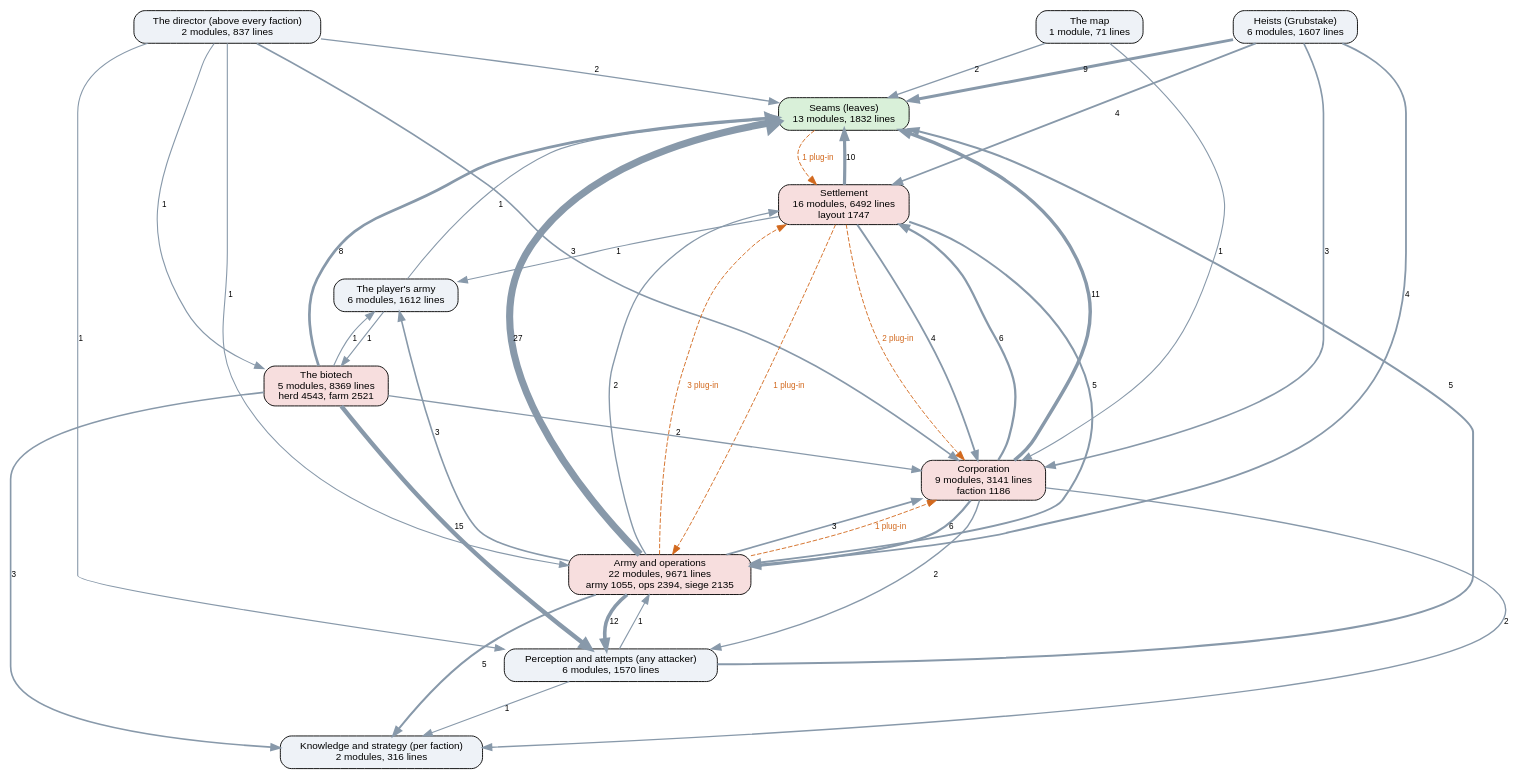
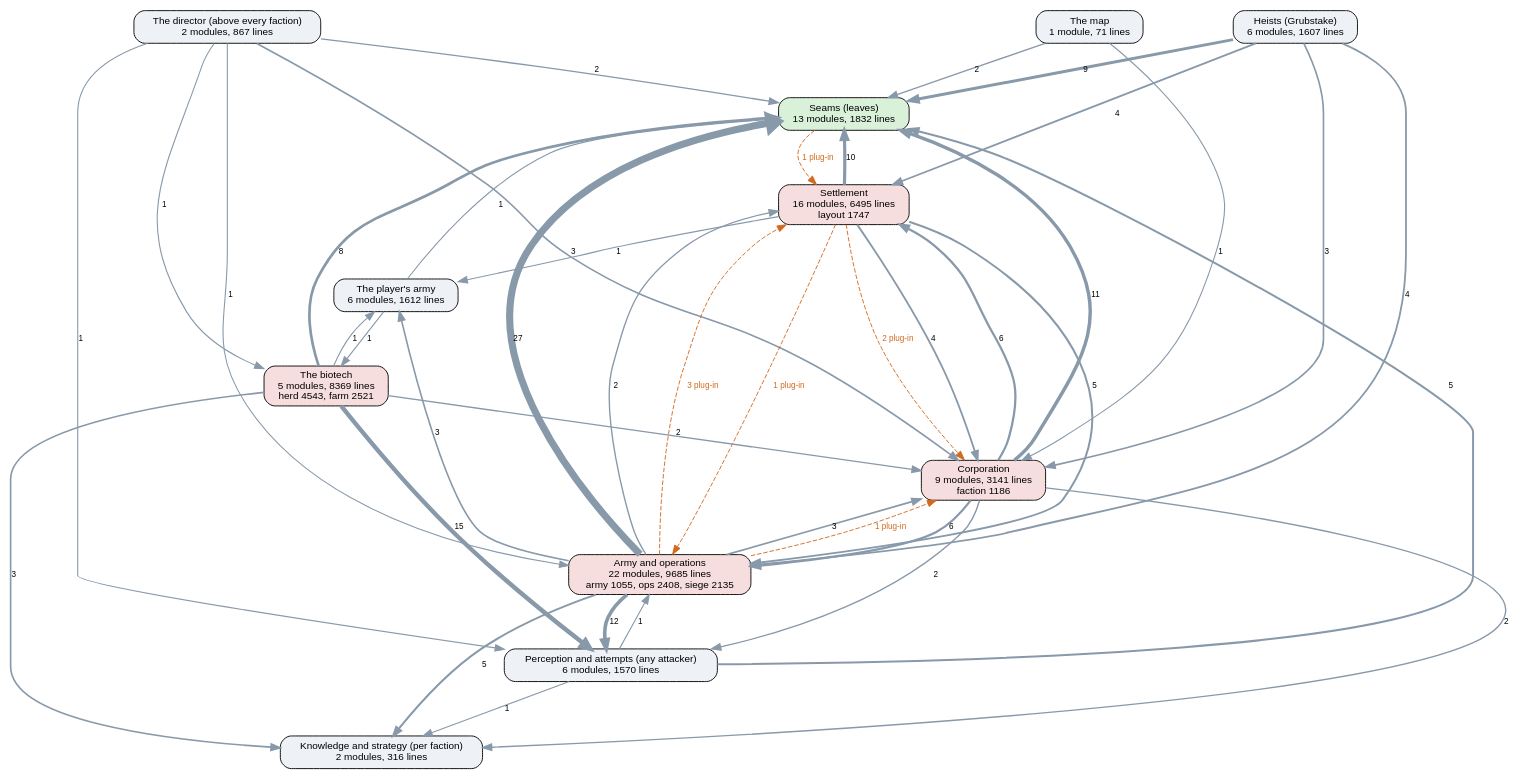
The diagram in docs/ai-layers.dot (kinelhu/landing-party), drawn with Graphviz before and after one commit. The commit also changed 13 other files, not shown here.

```diff
--- a/docs/ai-layers.dot
+++ b/docs/ai-layers.dot
@@ -1,57 +1,57 @@
 digraph layers {
   graph [rankdir=TB, fontname="Helvetica", nodesep=0.5, ranksep=0.7];
   node [shape=box, style="rounded,filled", fontname="Helvetica", fontsize=11, fillcolor="#eef2f7"];
   edge [color="#8899aa", fontname="Helvetica", fontsize=9];
   "Seams (leaves)" [label="Seams (leaves)\n13 modules, 1832 lines", fillcolor="#d9f0d9"];
   "Perception and attempts (any attacker)" [label="Perception and attempts (any attacker)\n6 modules, 1570 lines", fillcolor="#eef2f7"];
   "Knowledge and strategy (per faction)" [label="Knowledge and strategy (per faction)\n2 modules, 316 lines", fillcolor="#eef2f7"];
-  "The director (above every faction)" [label="The director (above every faction)\n2 modules, 837 lines", fillcolor="#eef2f7"];
+  "The director (above every faction)" [label="The director (above every faction)\n2 modules, 867 lines", fillcolor="#eef2f7"];
   "Corporation" [label="Corporation\n9 modules, 3141 lines\nfaction 1186", fillcolor="#f7dede"];
-  "Settlement" [label="Settlement\n16 modules, 6492 lines\nlayout 1747", fillcolor="#f7dede"];
-  "Army and operations" [label="Army and operations\n22 modules, 9671 lines\narmy 1055, ops 2394, siege 2135", fillcolor="#f7dede"];
+  "Settlement" [label="Settlement\n16 modules, 6495 lines\nlayout 1747", fillcolor="#f7dede"];
+  "Army and operations" [label="Army and operations\n22 modules, 9685 lines\narmy 1055, ops 2408, siege 2135", fillcolor="#f7dede"];
   "Heists (Grubstake)" [label="Heists (Grubstake)\n6 modules, 1607 lines", fillcolor="#eef2f7"];
   "The biotech" [label="The biotech\n5 modules, 8369 lines\nherd 4543, farm 2521", fillcolor="#f7dede"];
   "The map" [label="The map\n1 module, 71 lines", fillcolor="#eef2f7"];
   "The player's army" [label="The player's army\n6 modules, 1612 lines", fillcolor="#eef2f7"];
   "Army and operations" -> "Corporation" [label="3", penwidth=1.8];
   "Army and operations" -> "Knowledge and strategy (per faction)" [label="5", penwidth=2.2];
   "Army and operations" -> "Perception and attempts (any attacker)" [label="12", penwidth=4.0];
   "Army and operations" -> "Seams (leaves)" [label="27", penwidth=7.8];
   "Army and operations" -> "Settlement" [label="2", penwidth=1.5];
   "Army and operations" -> "The player's army" [label="3", penwidth=1.8];
   "Corporation" -> "Army and operations" [label="6", penwidth=2.5];
   "Corporation" -> "Knowledge and strategy (per faction)" [label="2", penwidth=1.5];
   "Corporation" -> "Perception and attempts (any attacker)" [label="2", penwidth=1.5];
   "Corporation" -> "Seams (leaves)" [label="11", penwidth=3.8];
   "Corporation" -> "Settlement" [label="6", penwidth=2.5];
   "Heists (Grubstake)" -> "Army and operations" [label="4", penwidth=2.0];
   "Heists (Grubstake)" -> "Corporation" [label="3", penwidth=1.8];
   "Heists (Grubstake)" -> "Seams (leaves)" [label="9", penwidth=3.2];
   "Heists (Grubstake)" -> "Settlement" [label="4", penwidth=2.0];
   "Perception and attempts (any attacker)" -> "Army and operations" [label="1", penwidth=1.2];
   "Perception and attempts (any attacker)" -> "Knowledge and strategy (per faction)" [label="1", penwidth=1.2];
   "Perception and attempts (any attacker)" -> "Seams (leaves)" [label="5", penwidth=2.2];
   "Settlement" -> "Army and operations" [label="5", penwidth=2.2];
   "Settlement" -> "Corporation" [label="4", penwidth=2.0];
   "Settlement" -> "Seams (leaves)" [label="10", penwidth=3.5];
   "Settlement" -> "The player's army" [label="1", penwidth=1.2];
   "The biotech" -> "Corporation" [label="2", penwidth=1.5];
   "The biotech" -> "Knowledge and strategy (per faction)" [label="3", penwidth=1.8];
   "The biotech" -> "Perception and attempts (any attacker)" [label="15", penwidth=4.8];
   "The biotech" -> "Seams (leaves)" [label="8", penwidth=3.0];
   "The biotech" -> "The player's army" [label="1", penwidth=1.2];
   "The director (above every faction)" -> "Army and operations" [label="1", penwidth=1.2];
   "The director (above every faction)" -> "Corporation" [label="3", penwidth=1.8];
   "The director (above every faction)" -> "Perception and attempts (any attacker)" [label="1", penwidth=1.2];
   "The director (above every faction)" -> "Seams (leaves)" [label="2", penwidth=1.5];
   "The director (above every faction)" -> "The biotech" [label="1", penwidth=1.2];
   "The map" -> "Corporation" [label="1", penwidth=1.2];
   "The map" -> "Seams (leaves)" [label="2", penwidth=1.5];
   "The player's army" -> "Seams (leaves)" [label="1", penwidth=1.2];
   "The player's army" -> "The biotech" [label="1", penwidth=1.2];
   "Army and operations" -> "Corporation" [style=dashed, color="#d2691e", fontcolor="#d2691e", label="1 plug-in"];
   "Army and operations" -> "Settlement" [style=dashed, color="#d2691e", fontcolor="#d2691e", label="3 plug-in"];
   "Seams (leaves)" -> "Settlement" [style=dashed, color="#d2691e", fontcolor="#d2691e", label="1 plug-in"];
   "Settlement" -> "Army and operations" [style=dashed, color="#d2691e", fontcolor="#d2691e", label="1 plug-in"];
   "Settlement" -> "Corporation" [style=dashed, color="#d2691e", fontcolor="#d2691e", label="2 plug-in"];
 }
```
